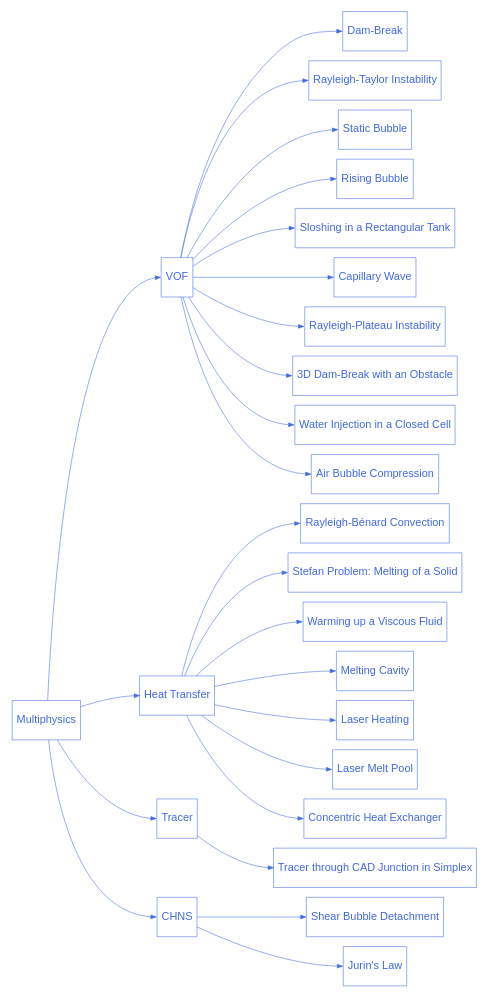
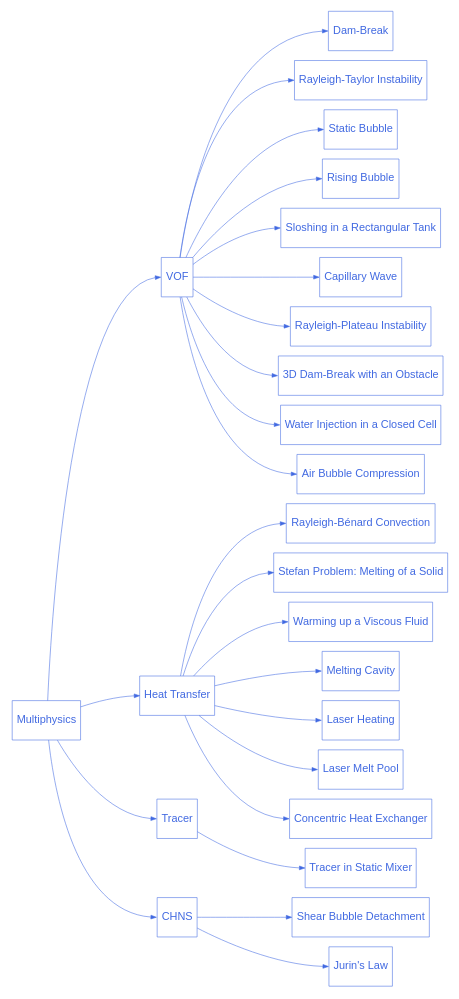
Before and after one commit to chaos-polymtl/lethe: the diagram in doc/source/examples/multiphysics/multiphysics.rst, drawn with Graphviz. The commit also changed 1 other file, not shown here.

Commit message:
Fixed doc compilation error

```diff
--- a/doc/source/examples/multiphysics/multiphysics.rst
+++ b/doc/source/examples/multiphysics/multiphysics.rst
@@ -63,7 +63,7 @@
 
       multiphysics_3 [label="Tracer", href="https://chaos-polymtl.github.io/lethe/documentation/examples/multiphysics/tracer.html"];  
 
-      multiphysics_3_1 [label="Tracer through CAD Junction in Simplex", href="https://chaos-polymtl.github.io/lethe/documentation/examples/multiphysics/tracer-through-cad-junction/tracer-through-cad-junction.html"];
+      multiphysics_3_1 [label="Tracer in Static Mixer", href="https://chaos-polymtl.github.io/lethe/documentation/examples/multiphysics/tracer-in-static-mixer/tracer-in-static-mixer.html"];
       
       multiphysics_4 [label="CHNS", href="https://chaos-polymtl.github.io/lethe/documentation/examples/multiphysics/chns.html"];
 
```
